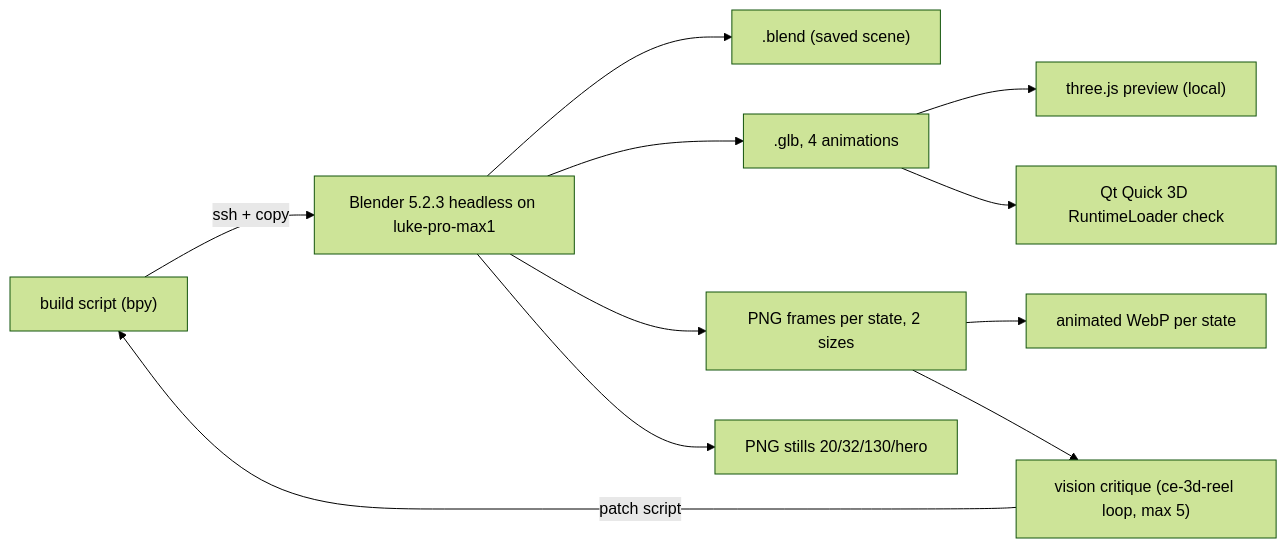
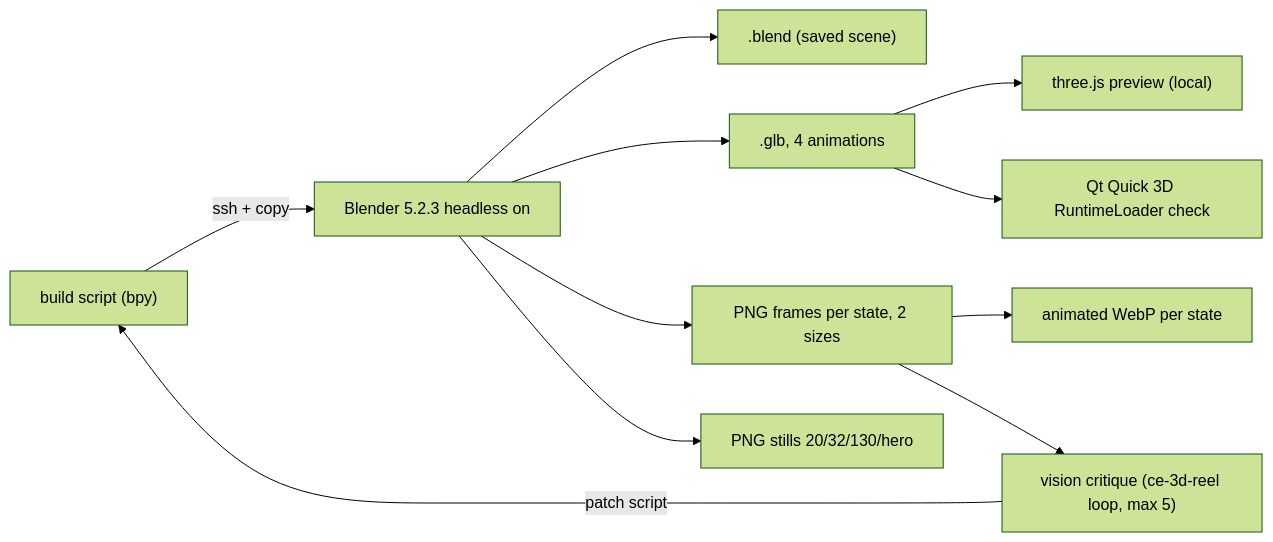
The diagram in docs/plans/2026-11-01-0123-feat-wisp-flame-asset-plan.md (duketopceo/wisp), drawn with Mermaid (forest theme) before and after one commit. The commit also changed other lines of this file and 13 other files, not shown here.

````diff
--- a/docs/plans/2026-11-01-0123-feat-wisp-flame-asset-plan.md
+++ b/docs/plans/2026-11-01-0123-feat-wisp-flame-asset-plan.md
@@ -109,13 +109,13 @@
 ```mermaid
 flowchart LR
-  script["build script (bpy)"] -->|ssh + copy| mac["Blender 5.2.3 headless on luke-pro-max1"]
+  script["build script (bpy)"] -->|ssh + copy| mac["Blender 5.2.3 headless on <mac-host>"]
   mac --> blend[".blend (saved scene)"]
   mac --> glb[".glb, 4 animations"]
   mac --> frames["PNG frames per state, 2 sizes"]
   frames --> webp["animated WebP per state"]
   mac --> stills["PNG stills 20/32/130/hero"]
   frames --> critique["vision critique (ce-3d-reel loop, max 5)"]
   critique -->|patch script| script
   glb --> three["three.js preview (local)"]
   glb --> qt["Qt Quick 3D RuntimeLoader check"]
 ```
````
